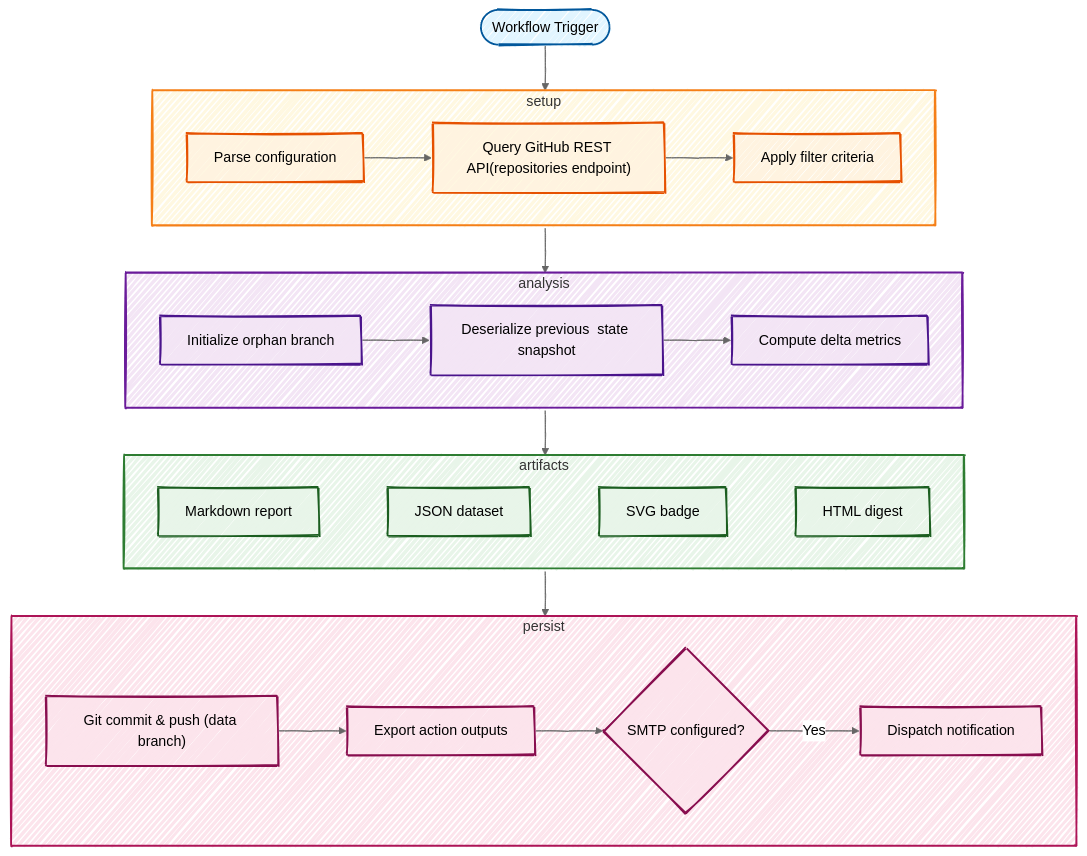
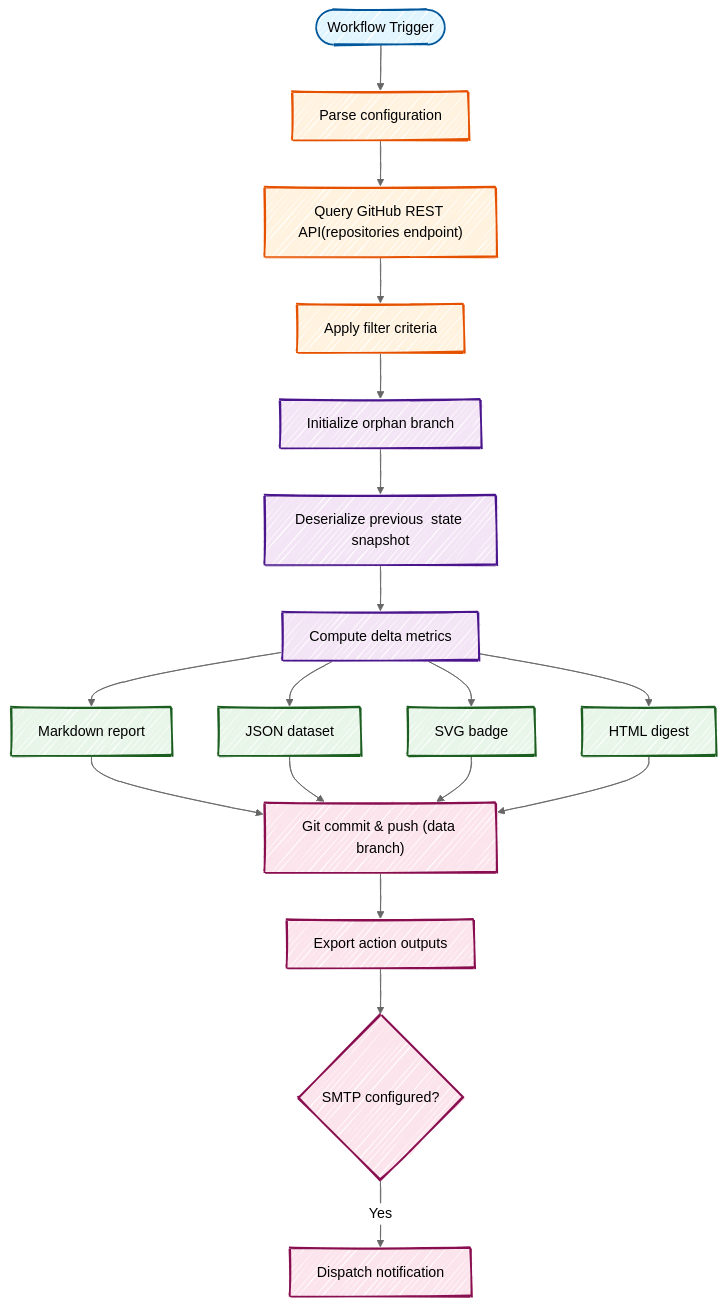
One commit to fbuireu/github-star-tracker changed the first of 2 diagrams in README.md. Above: the diagram before and after it, drawn with Mermaid. The commit also changed other lines of this file, not shown here.

Commit message:
docs: remove subpragh

````diff
--- a/README.md
+++ b/README.md
@@ -16,52 +16,45 @@
 ```mermaid
 ---
 config:
   look: handDrawn
   theme: neutral
 ---
 flowchart TD
     trigger(["Workflow Trigger"])
+    config["Parse configuration"]
+    fetch["Query GitHub REST API(repositories endpoint)"]
+    filter["Apply filter criteria"]
+    init["Initialize orphan branch"]
+    read["Deserialize previous  state snapshot"]
+    compare["Compute delta metrics"]
+    md["Markdown report"]
+    json["JSON dataset"]
+    svg["SVG badge"]
+    html["HTML digest"]
+    commit["Git commit & push (data branch)"]
+    setout["Export action outputs"]
+    email{"SMTP configured?"}
+    send["Dispatch notification"]
 
-    subgraph setup
-        direction LR
-        config["Parse configuration"] --> fetch["Query GitHub REST API(repositories endpoint)"] --> filter["Apply filter criteria"]
-    end
-
-    subgraph analysis
-        direction LR
-        init["Initialize orphan branch"] --> read["Deserialize previous  state snapshot"] --> compare["Compute delta metrics"]
-    end
-
-    subgraph artifacts
-        direction LR
-        md["Markdown report"] ~~~ json["JSON dataset"] ~~~ svg["SVG badge"] ~~~ html["HTML digest"]
-    end
-
-    subgraph persist
-        direction LR
-        commit["Git commit & push (data branch)"] --> setout["Export action outputs"] --> email{"SMTP configured?"}
-        email -->|Yes| send["Dispatch notification"]
-    end
-
-    trigger --> setup --> analysis --> artifacts --> persist
+    trigger --> config --> fetch --> filter
+    filter --> init --> read --> compare
+    compare --> md & json & svg & html
+    md & json & svg & html --> commit --> setout --> email
+    email -->|Yes| send
 
     style trigger fill:#e1f5ff,stroke:#01579b,stroke-width:2px
     style config fill:#fff3e0,stroke:#e65100,stroke-width:2px
     style fetch fill:#fff3e0,stroke:#e65100,stroke-width:2px
     style filter fill:#fff3e0,stroke:#e65100,stroke-width:2px
     style init fill:#f3e5f5,stroke:#4a148c,stroke-width:2px
     style read fill:#f3e5f5,stroke:#4a148c,stroke-width:2px
     style compare fill:#f3e5f5,stroke:#4a148c,stroke-width:2px
     style md fill:#e8f5e9,stroke:#1b5e20,stroke-width:2px
     style json fill:#e8f5e9,stroke:#1b5e20,stroke-width:2px
     style svg fill:#e8f5e9,stroke:#1b5e20,stroke-width:2px
     style html fill:#e8f5e9,stroke:#1b5e20,stroke-width:2px
     style commit fill:#fce4ec,stroke:#880e4f,stroke-width:2px
     style setout fill:#fce4ec,stroke:#880e4f,stroke-width:2px
     style email fill:#fce4ec,stroke:#880e4f,stroke-width:2px
     style send fill:#fce4ec,stroke:#880e4f,stroke-width:2px
-    style setup fill:#fff8e1,stroke:#f57f17,stroke-width:2px
-    style analysis fill:#f3e5f5,stroke:#6a1b9a,stroke-width:2px
-    style artifacts fill:#e8f5e9,stroke:#2e7d32,stroke-width:2px
-    style persist fill:#fce4ec,stroke:#ad1457,stroke-width:2px
 ```
````
